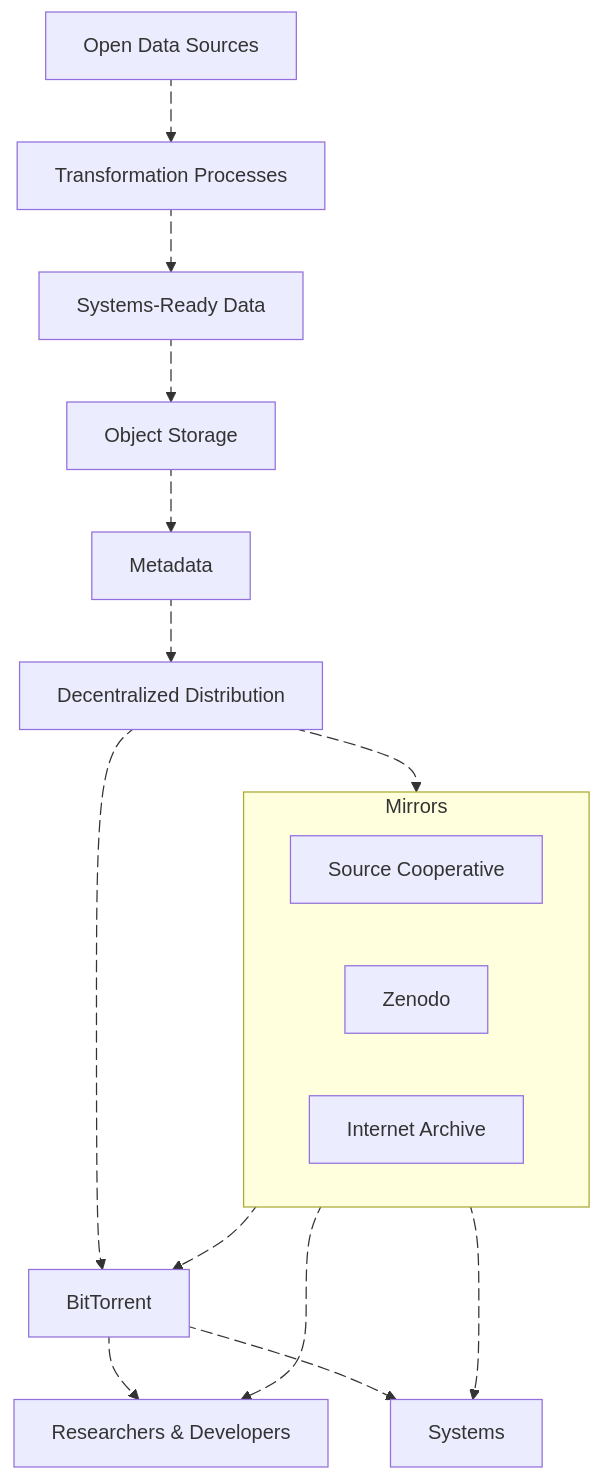
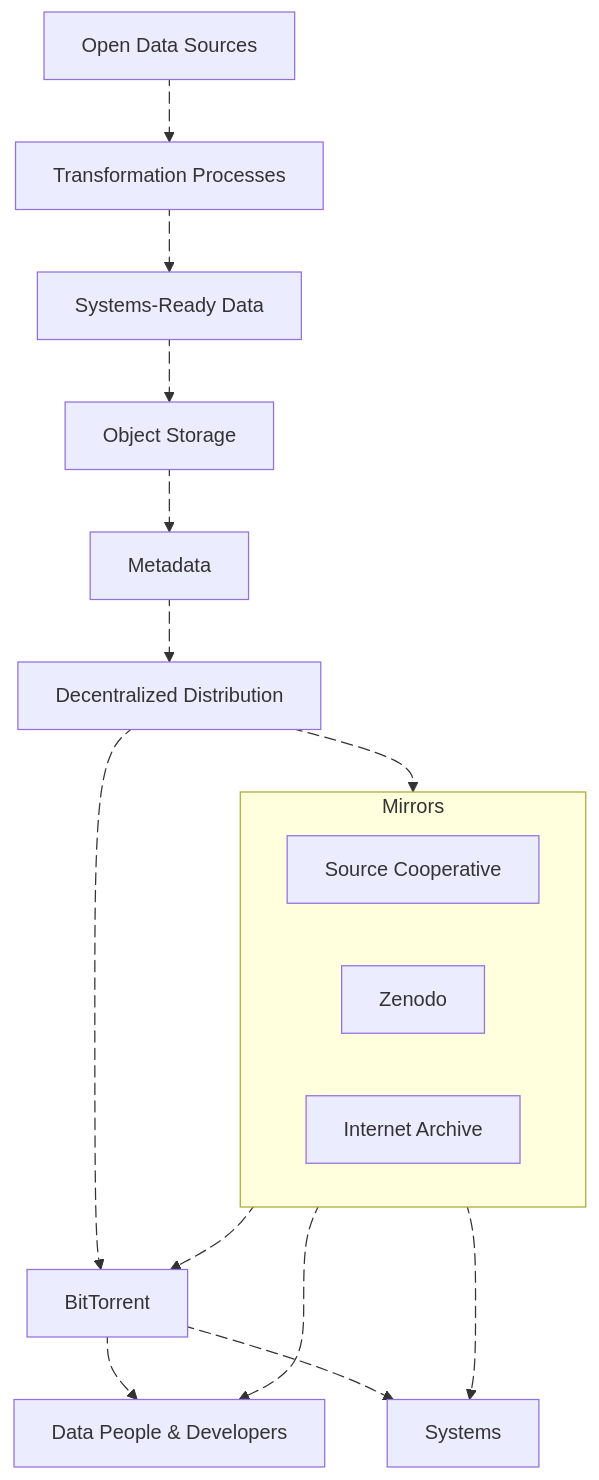
Before and after one commit to dataforcanada/www.dataforcanada.org: the diagram in content/docs/dissemination/_index.md, drawn with Mermaid.

Commit message:
Update terminology on Data Dissemination strategy high-level overview diagram to stay consistent with homepage high-level overview diagram

````diff
--- a/content/docs/dissemination/_index.md
+++ b/content/docs/dissemination/_index.md
@@ -14,52 +14,52 @@
 ```mermaid
 
 flowchart TD
     subgraph mirrors [Mirrors]
         SourceCoop[Source Cooperative]
         Zenodo[Zenodo]
         InternetArchive[Internet Archive]
     end
 
     Sources[Open Data Sources]
     Processes[Transformation Processes]
     Artifacts[Systems-Ready Data]
     Portal[Object Storage]
     Metadata[Metadata]
     Distribution[Decentralized Distribution]
     Torrent[BitTorrent]
-    Users[Researchers & Developers]
+    Users[Data People & Developers]
     Systems[Systems]
 
     Sources a1@--> Processes
     a1@{animate: true, animation: slow}
     Processes a2@--> Artifacts
     a2@{animate: true, animation: slow}
     Artifacts a3@--> Portal
     a3@{animate: true, animation: slow}
     Portal a4@--> Metadata
     a4@{animate: true, animation: fast}
     Metadata a5@--> Distribution
     a5@{animate: true, animation: fast}
 
     Distribution a7@--> Torrent
     a7@{animate: true, animation: slow}
     Distribution a8@--> mirrors
     a8@{animate: true, animation: slow}
 
     mirrors a9@--> Torrent
     a9@{animate: true, animation: fast}
 
     mirrors a12@ --> Users
     a12@{animate: true, animation: slow}
     mirrors a13@ --> Systems
     a13@{animate: true, animation: slow}
 
     Torrent a10@--> Users
     a10@{animate: true, animation: fast}
     Torrent a11@--> Systems
     a11@{animate: true, animation: fast}
 
     click Metadata "https://stac-utils.github.io/stac-geoparquet/latest/spec/stac-geoparquet-spec/" _blank
     click Zenodo "https://zenodo.org/communities/dataforcanada/" _blank
     click SourceCoop "https://source.coop/dataforcanada/" _blank
 ```
````
